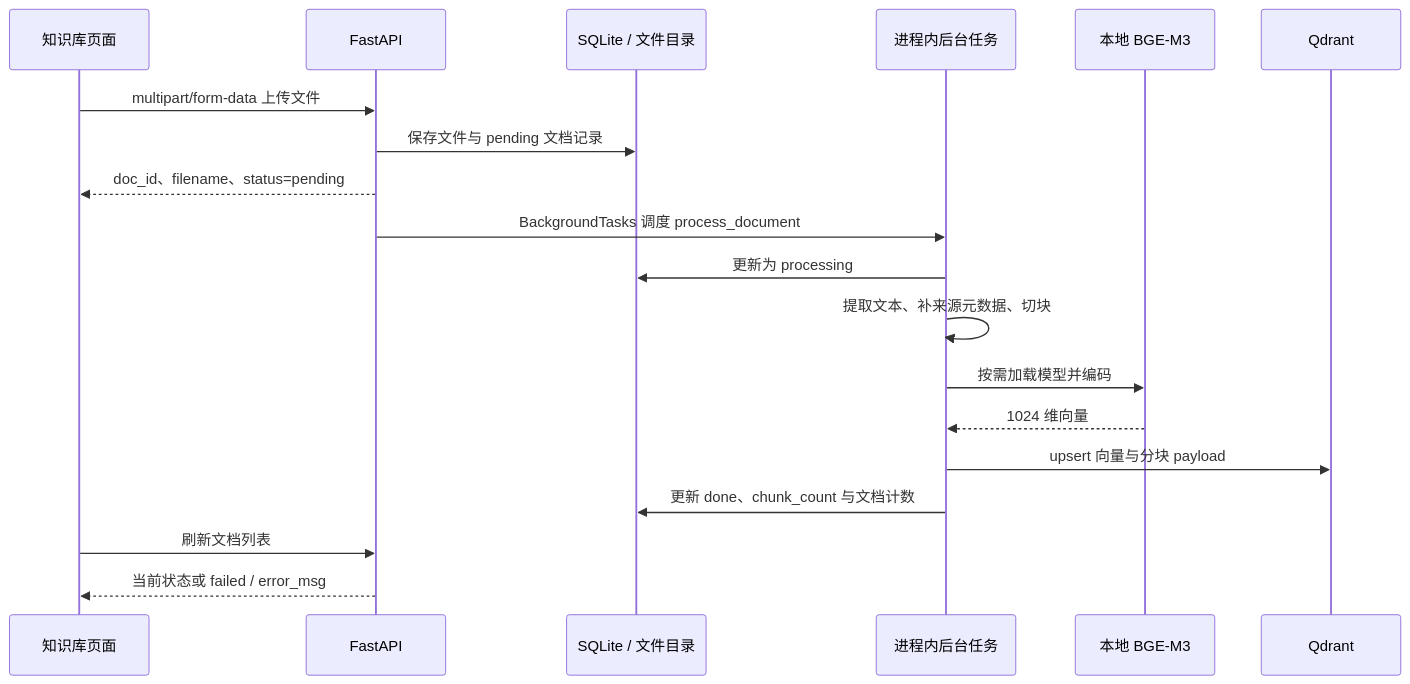
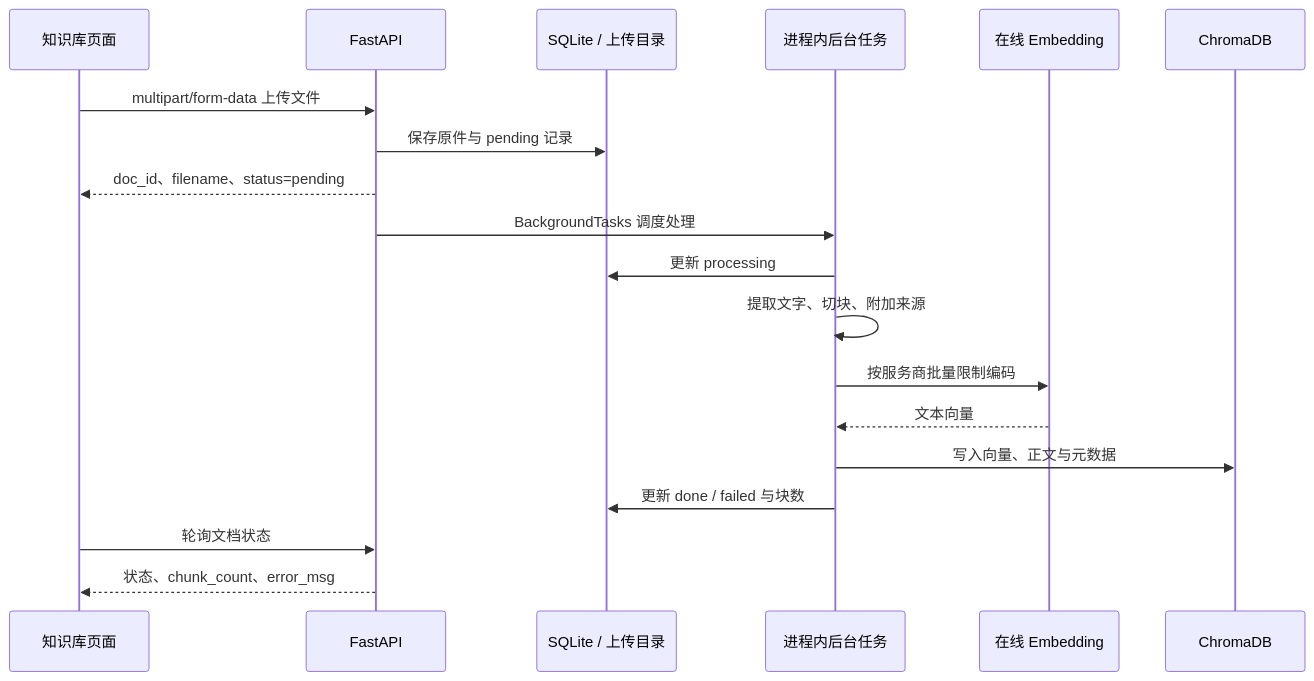
One commit to tomkluas/EnterpriseRag changed the second of 3 diagrams in README.md. Above: the diagram before and after it, drawn with Mermaid. The commit also changed other lines of this file and 136 other files, not shown here.

````diff
--- a/README.md
+++ b/README.md
@@ -91,21 +154,21 @@
 ```mermaid
 sequenceDiagram
     participant UI as 知识库页面
     participant API as FastAPI
-    participant Meta as SQLite / 文件目录
+    participant Meta as SQLite / 上传目录
     participant Task as 进程内后台任务
-    participant BGE as 本地 BGE-M3
-    participant Q as Qdrant
+    participant E as 在线 Embedding
+    participant C as ChromaDB
     UI->>API: multipart/form-data 上传文件
-    API->>Meta: 保存文件与 pending 文档记录
+    API->>Meta: 保存原件与 pending 记录
     API-->>UI: doc_id、filename、status=pending
-    API->>Task: BackgroundTasks 调度 process_document
-    Task->>Meta: 更新为 processing
-    Task->>Task: 提取文本、补来源元数据、切块
-    Task->>BGE: 按需加载模型并编码
-    BGE-->>Task: 1024 维向量
-    Task->>Q: upsert 向量与分块 payload
-    Task->>Meta: 更新 done、chunk_count 与文档计数
-    UI->>API: 刷新文档列表
-    API-->>UI: 当前状态或 failed / error_msg
+    API->>Task: BackgroundTasks 调度处理
+    Task->>Meta: 更新 processing
+    Task->>Task: 提取文字、切块、附加来源
+    Task->>E: 按服务商批量限制编码
+    E-->>Task: 文本向量
+    Task->>C: 写入向量、正文与元数据
+    Task->>Meta: 更新 done / failed 与块数
+    UI->>API: 轮询文档状态
+    API-->>UI: 状态、chunk_count、error_msg
 ```
````
